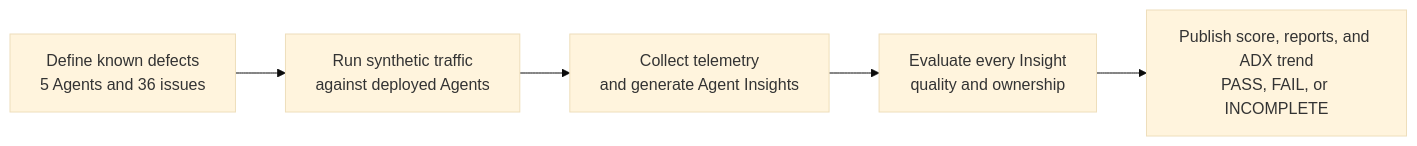
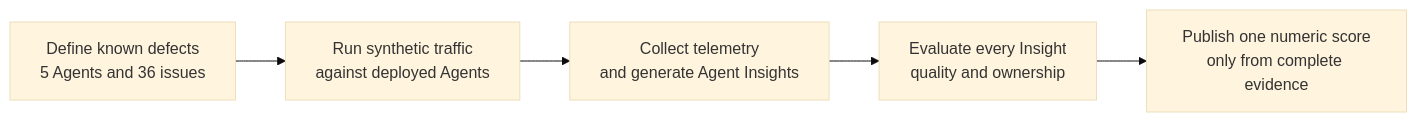
The diagram in docs/FRAMEWORK_OVERVIEW.md (ninghu/agent-insights-quality), drawn with Mermaid (base theme) before and after one commit. The commit also changed other lines of this file and 346 other files, not shown here.

````diff
--- a/docs/FRAMEWORK_OVERVIEW.md
+++ b/docs/FRAMEWORK_OVERVIEW.md
@@ -9,10 +21,10 @@
 ```mermaid
 flowchart LR
     A[Define known defects<br/>5 Agents and 36 issues]
     B[Run synthetic traffic<br/>against deployed Agents]
     C[Collect telemetry<br/>and generate Agent Insights]
     D[Evaluate every Insight<br/>quality and ownership]
-    E[Publish score, reports, and ADX trend<br/>PASS, FAIL, or INCOMPLETE]
+    E[Publish one numeric score<br/>only from complete evidence]
 
     A --> B --> C --> D --> E
 ```
````
